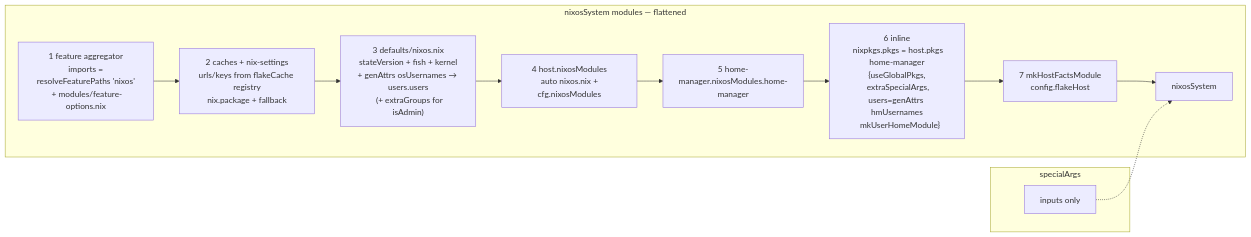
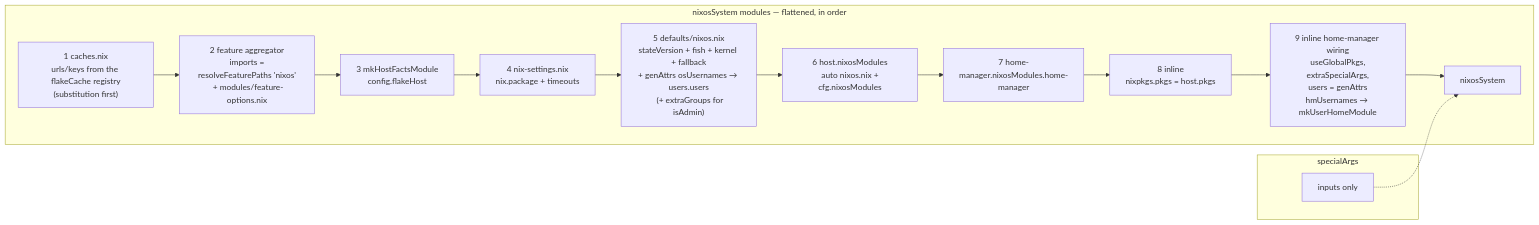
One commit to WombatFromHell/automatic-palm-tree changed the fifth of 7 diagrams in DESIGN.md. Above: the diagram before and after it, drawn with Mermaid. The commit also changed other lines of this file and 4 other files, not shown here.

Commit message:
Implement 'nixos-gnome' feature module for 'methyl' host

````diff
--- a/DESIGN.md
+++ b/DESIGN.md
@@ -182,17 +190,19 @@
 ```mermaid
 flowchart LR
-    subgraph Mods ["nixosSystem modules — flattened"]
-        feat["1 feature aggregator\n imports = resolveFeaturePaths 'nixos'\n + modules/feature-options.nix"]
-        nixSet["2 caches + nix-settings\nurls/keys from flakeCache registry\nnix.package + fallback"]
-        defNixos["3 defaults/nixos.nix\nstateVersion + fish + kernel\n+ genAttrs osUsernames → users.users\n  (+ extraGroups for isAdmin)"]
-        hostMods["4 host.nixosModules\n auto nixos.nix + cfg.nixosModules"]
-        hmMod["5 home-manager.nixosModules.home-manager"]
-        inline["6 inline\n nixpkgs.pkgs = host.pkgs\n home-manager {useGlobalPkgs,\n  extraSpecialArgs, users=genAttrs hmUsernames\n   mkUserHomeModule}"]
-        facts["7 mkHostFactsModule\n config.flakeHost"]
-        feat --> nixSet --> defNixos --> hostMods --> hmMod --> inline --> facts --> merged["nixosSystem"]
+    subgraph Mods ["nixosSystem modules — flattened, in order"]
+        cachesMod["1 caches.nix\nurls/keys from the flakeCache registry\n(substitution first)"]
+        feat["2 feature aggregator\n imports = resolveFeaturePaths 'nixos'\n + modules/feature-options.nix"]
+        facts["3 mkHostFactsModule\n config.flakeHost"]
+        nixSet["4 nix-settings.nix\nnix.package + timeouts"]
+        defNixos["5 defaults/nixos.nix\nstateVersion + fish + kernel + fallback\n+ genAttrs osUsernames → users.users\n  (+ extraGroups for isAdmin)"]
+        hostMods["6 host.nixosModules\n auto nixos.nix + cfg.nixosModules"]
+        hmMod["7 home-manager.nixosModules.home-manager"]
+        inlinePkgs["8 inline\n nixpkgs.pkgs = host.pkgs"]
+        inlineHm["9 inline home-manager wiring\n useGlobalPkgs, extraSpecialArgs,\n users = genAttrs hmUsernames → mkUserHomeModule"]
+        cachesMod --> feat --> facts --> nixSet --> defNixos --> hostMods --> hmMod --> inlinePkgs --> inlineHm --> merged["nixosSystem"]
     end
     subgraph Args ["specialArgs"]
         sa["inputs only"]
     end
     sa -.-> merged
 ```
````
